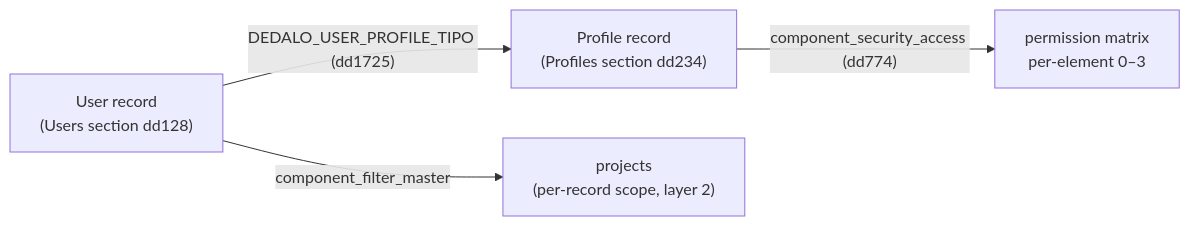
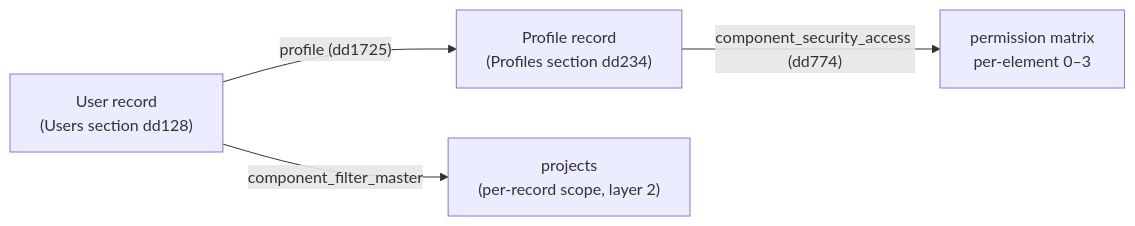
One commit to dedalia-org/dedalo changed the diagram in docs/administration/users_and_permissions.md. Above: the diagram before and after it, drawn with Mermaid. The commit also changed other lines of this file and 22 other files, not shown here.

````diff
--- a/docs/administration/users_and_permissions.md
+++ b/docs/administration/users_and_permissions.md
@@ -66,6 +66,6 @@
 ```mermaid
 flowchart LR
-    U["User record<br/>(Users section dd128)"] -->|"DEDALO_USER_PROFILE_TIPO (dd1725)"| P["Profile record<br/>(Profiles section dd234)"]
+    U["User record<br/>(Users section dd128)"] -->|"profile (dd1725)"| P["Profile record<br/>(Profiles section dd234)"]
     P -->|"component_security_access (dd774)"| M["permission matrix<br/>per-element 0–3"]
     U -->|"component_filter_master"| PR["projects<br/>(per-record scope, layer 2)"]
 ```
````
